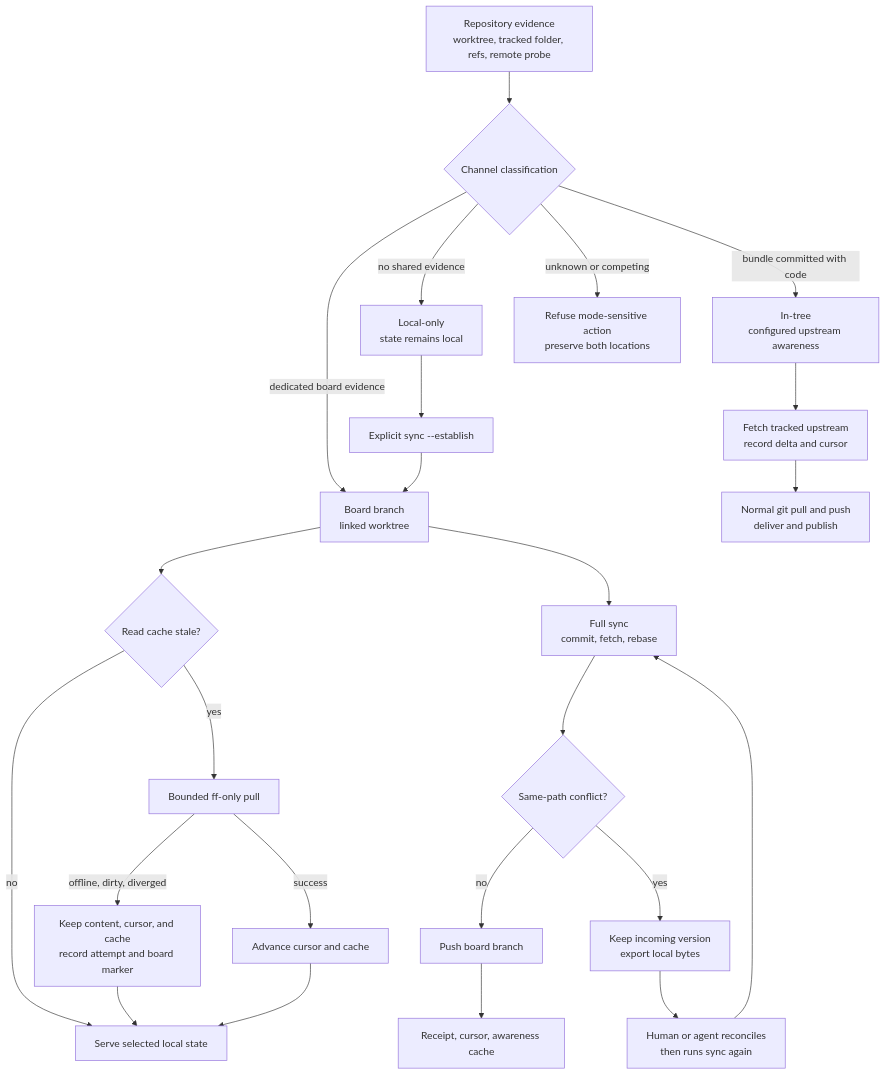
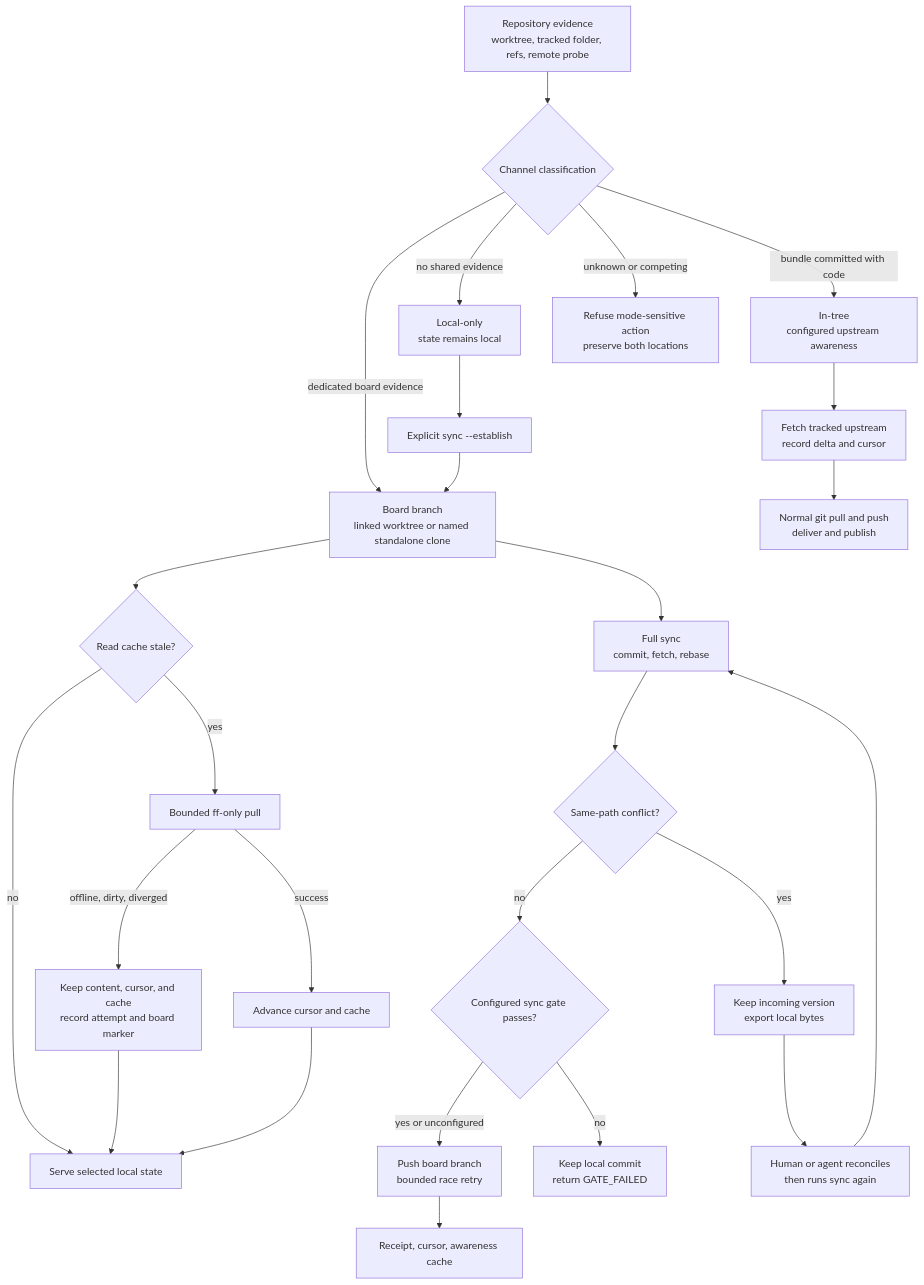
The diagram in .superbee/visuals/sources/sharing-synchronization-and-freshness.mmd (Holaxis-ai/superbee-docs), drawn with Mermaid before and after one commit. The commit also changed 68 other files, not shown here.

```diff
--- a/.superbee/visuals/sources/sharing-synchronization-and-freshness.mmd
+++ b/.superbee/visuals/sources/sharing-synchronization-and-freshness.mmd
@@ -1,38 +1,40 @@
 flowchart TD
   accTitle: Superbee sharing synchronization and freshness
   accDescr {
     Superbee classifies a bundle from Git evidence as local-only, in-tree, or a dedicated board
     branch. Local-only stays local until establishment. In-tree awareness fetches the configured
     tracking upstream while normal Git delivers changes. A stale branch-mode read may perform a
     bounded fast-forward pull. A failed pull preserves content, cursor, and awareness cache while
     recording a retry throttle and board marker. Full sync commits, converges, preserves conflicts
-    as exports, pushes safe results, and records awareness.
+    as exports, checks configured sync gates, pushes safe results, and records awareness.
   }
 
   evidence["Repository evidence<br/>worktree, tracked folder, refs, remote probe"] --> decide{"Channel classification"}
   decide -->|"no shared evidence"| local["Local-only<br/>state remains local"]
   decide -->|"bundle committed with code"| intree["In-tree<br/>configured upstream awareness"]
-  decide -->|"dedicated board evidence"| branch["Board branch<br/>linked worktree"]
+  decide -->|"dedicated board evidence"| branch["Board branch<br/>linked worktree or named standalone clone"]
   decide -->|"unknown or competing"| refuse["Refuse mode-sensitive action<br/>preserve both locations"]
 
   local --> establish["Explicit sync --establish"]
   establish --> branch
 
   intree --> fetch["Fetch tracked upstream<br/>record delta and cursor"]
   fetch --> gitflow["Normal git pull and push<br/>deliver and publish"]
 
   branch --> read{"Read cache stale?"}
   read -->|"yes"| ff["Bounded ff-only pull"]
   read -->|"no"| serve["Serve selected local state"]
   ff -->|"success"| record["Advance cursor and cache"]
   ff -->|"offline, dirty, diverged"| attempt["Keep content, cursor, and cache<br/>record attempt and board marker"]
   attempt --> serve
   record --> serve
 
   branch --> sync["Full sync<br/>commit, fetch, rebase"]
   sync --> conflict{"Same-path conflict?"}
-  conflict -->|"no"| push["Push board branch"]
+  conflict -->|"no"| gate{"Configured sync gate passes?"}
+  gate -->|"yes or unconfigured"| push["Push board branch<br/>bounded race retry"]
+  gate -->|"no"| held["Keep local commit<br/>return GATE_FAILED"]
   conflict -->|"yes"| export["Keep incoming version<br/>export local bytes"]
   export --> reconcile["Human or agent reconciles<br/>then runs sync again"]
   reconcile --> sync
   push --> awareness["Receipt, cursor, awareness cache"]
```
